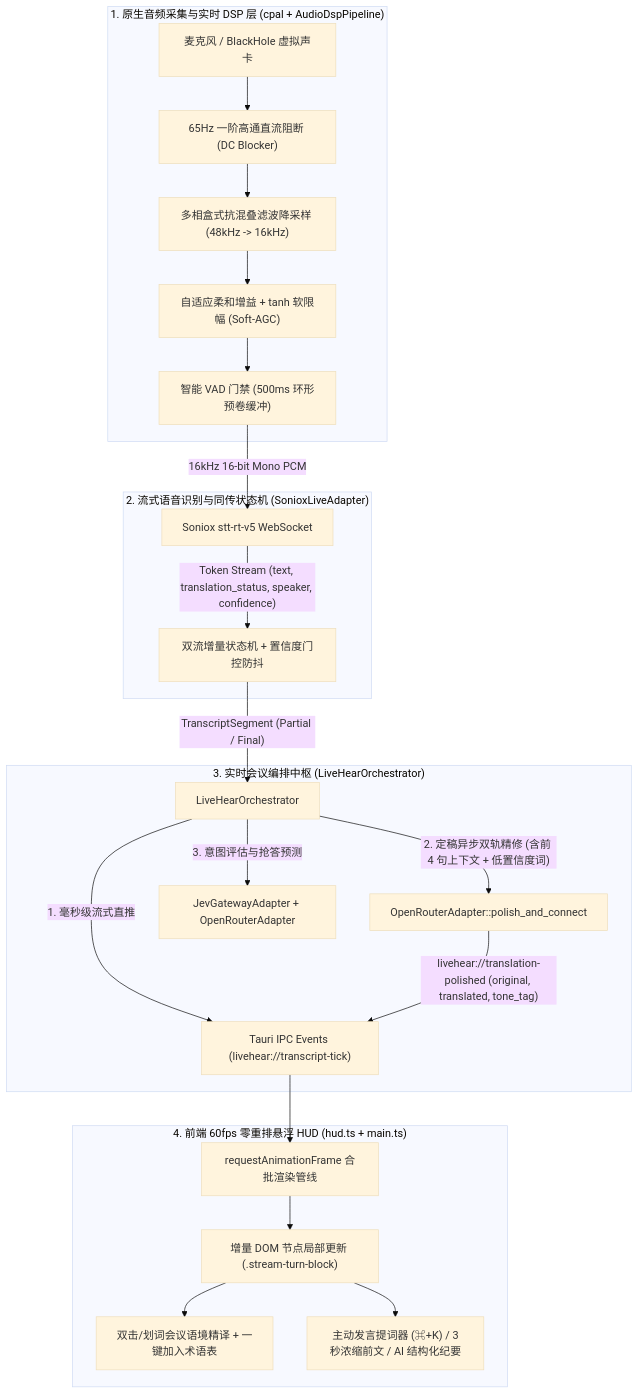
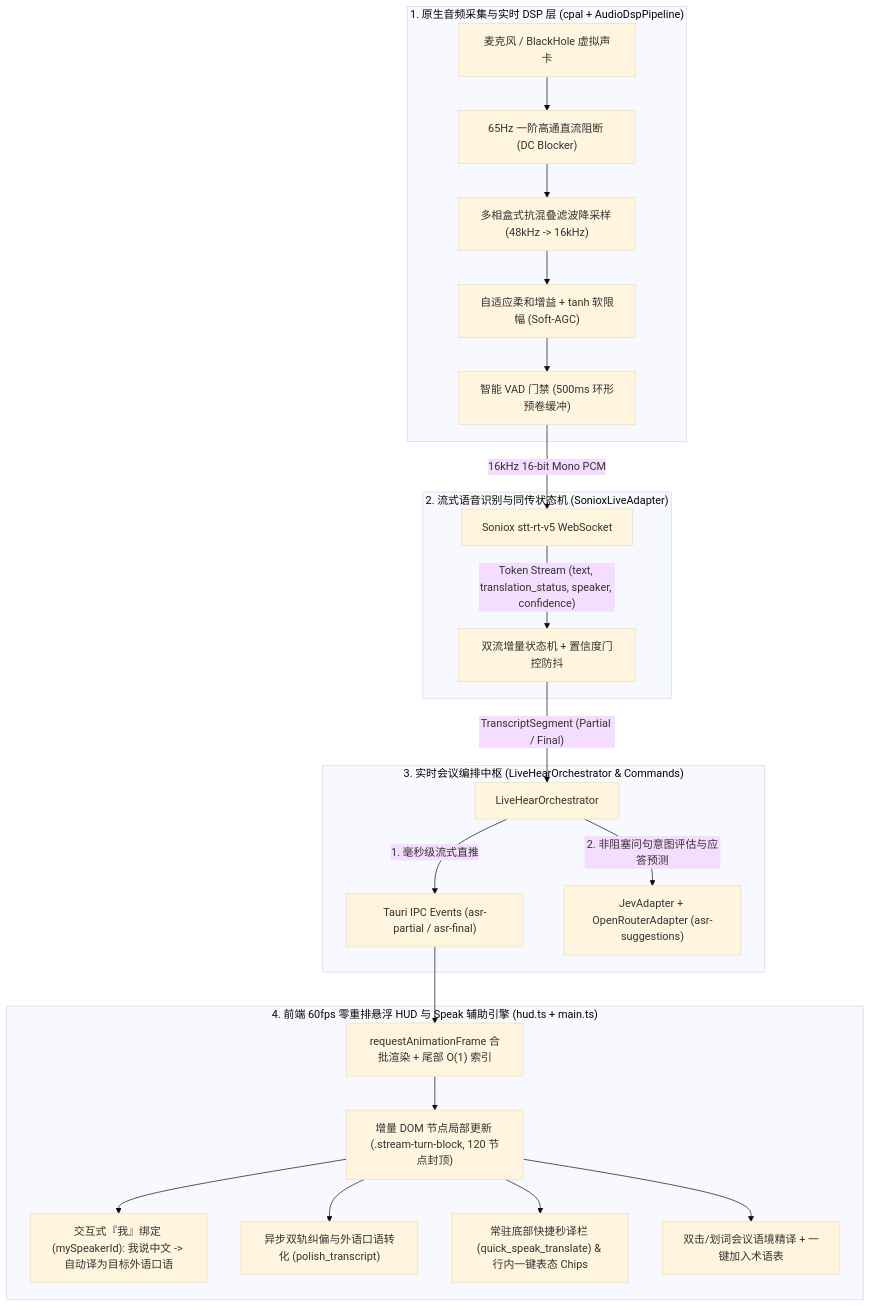
One commit to locustbaby/livehear changed the diagram in ARCHITECTURE.md. Above: the diagram before and after it, drawn with Mermaid (base theme). The commit also changed other lines of this file and 13 other files, not shown here.

Commit message:
feat: add interactive Speak Assistant, Quick Speak Dock, Windows CI build, and update docs

````diff
--- a/ARCHITECTURE.md
+++ b/ARCHITECTURE.md
@@ -11,29 +11,29 @@
 ```mermaid
 flowchart TD
     subgraph AudioLayer["1. 原生音频采集与实时 DSP 层 (cpal + AudioDspPipeline)"]
         Mic["麦克风 / BlackHole 虚拟声卡"] --> HPF["65Hz 一阶高通直流阻断 (DC Blocker)"]
         HPF --> Polyphase["多相盒式抗混叠滤波降采样 (48kHz -> 16kHz)"]
         Polyphase --> SoftAGC["自适应柔和增益 + tanh 软限幅 (Soft-AGC)"]
         SoftAGC --> VadGate["智能 VAD 门禁 (500ms 环形预卷缓冲)"]
     end
 
     subgraph AsrLayer["2. 流式语音识别与同传状态机 (SonioxLiveAdapter)"]
         VadGate -->|"16kHz 16-bit Mono PCM"| SonioxWS["Soniox stt-rt-v5 WebSocket"]
         SonioxWS -->|"Token Stream (text, translation_status, speaker, confidence)"| StateMachine["双流增量状态机 + 置信度门控防抖"]
     end
 
-    subgraph OrchestratorLayer["3. 实时会议编排中枢 (LiveHearOrchestrator)"]
+    subgraph OrchestratorLayer["3. 实时会议编排中枢 (LiveHearOrchestrator & Commands)"]
         StateMachine -->|"TranscriptSegment (Partial / Final)"| Orch["LiveHearOrchestrator"]
-        Orch -->|"1. 毫秒级流式直推"| TauriIPC["Tauri IPC Events (livehear://transcript-tick)"]
-        Orch -->|"2. 定稿异步双轨精修 (含前 4 句上下文 + 低置信度词)"| Polish["OpenRouterAdapter::polish_and_connect"]
-        Orch -->|"3. 意图评估与抢答预测"| JevGate["JevGatewayAdapter + OpenRouterAdapter"]
-        Polish -->|"livehear://translation-polished (original, translated, tone_tag)"| TauriIPC
+        Orch -->|"1. 毫秒级流式直推"| TauriIPC["Tauri IPC Events (asr-partial / asr-final)"]
+        Orch -->|"2. 非阻塞问句意图评估与应答预测"| JevGate["JevAdapter + OpenRouterAdapter (asr-suggestions)"]
     end
 
-    subgraph HudLayer["4. 前端 60fps 零重排悬浮 HUD (hud.ts + main.ts)"]
-        TauriIPC --> RAF["requestAnimationFrame 合批渲染管线"]
-        RAF --> TurnDOM["增量 DOM 节点局部更新 (.stream-turn-block)"]
+    subgraph HudLayer["4. 前端 60fps 零重排悬浮 HUD 与 Speak 辅助引擎 (hud.ts + main.ts)"]
+        TauriIPC --> RAF["requestAnimationFrame 合批渲染 + 尾部 O(1) 索引"]
+        RAF --> TurnDOM["增量 DOM 节点局部更新 (.stream-turn-block, 120 节点封顶)"]
+        TurnDOM --> MySpeaker["交互式『我』绑定 (mySpeakerId): 我说中文 -> 自动译为目标外语口语"]
+        TurnDOM --> Polish["异步双轨纠偏与外语口语转化 (polish_transcript)"]
+        TurnDOM --> QuickSpeak["常驻底部快捷秒译栏 (quick_speak_translate) & 行内一键表态 Chips"]
         TurnDOM --> SelectionLookup["双击/划词会议语境精译 + 一键加入术语表"]
-        TurnDOM --> CoPilot["主动发言提词器 (⌘+K) / 3秒浓缩前文 / AI 结构化纪要"]
     end
 ```
````
